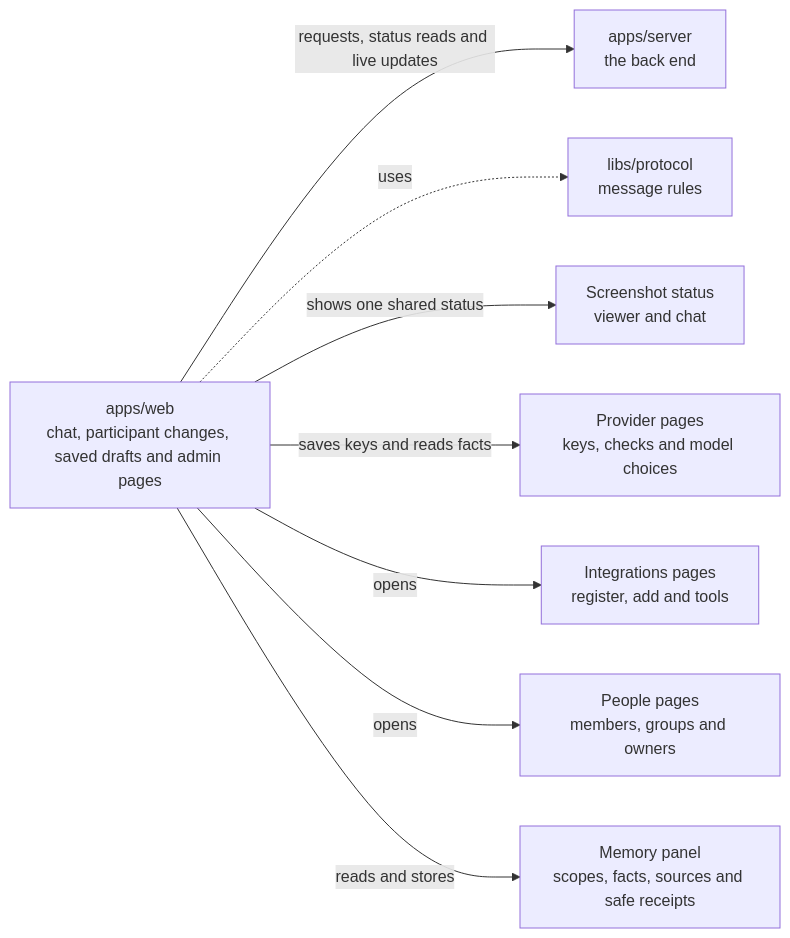
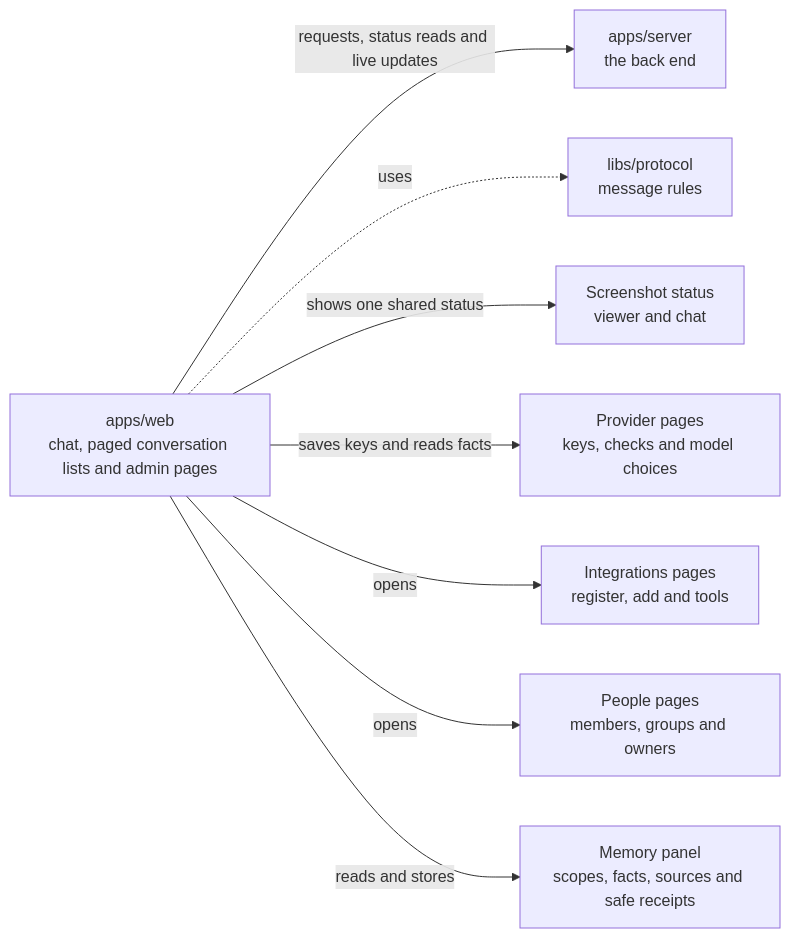
One commit to elewa-git/opencrane-new changed the diagram in apps/web/README.md. Above: the diagram before and after it, drawn with Mermaid. The commit also changed other lines of this file and 29 other files, not shown here.

First line of the commit message:
💬 The Conversations screen pages through Recent and Archived chats, searches, and opens older chat links (#401)

````diff
--- a/apps/web/README.md
+++ b/apps/web/README.md
@@ -11,10 +11,10 @@
 ```mermaid
 flowchart LR
-  web["apps/web<br/>chat, participant changes, saved drafts and admin pages"] -->|requests, status reads and live updates| server["apps/server<br/>the back end"]
+  web["apps/web<br/>chat, paged conversation lists and admin pages"] -->|requests, status reads and live updates| server["apps/server<br/>the back end"]
   web -.->|uses| protocol["libs/protocol<br/>message rules"]
   web -->|shows one shared status| capture["Screenshot status<br/>viewer and chat"]
   web -->|saves keys and reads facts| providers["Provider pages<br/>keys, checks and model choices"]
   web -->|opens| integrations["Integrations pages<br/>register, add and tools"]
   web -->|opens| people["People pages<br/>members, groups and owners"]
   web -->|reads and stores| memory["Memory panel<br/>scopes, facts, sources and safe receipts"]
 ```
````
